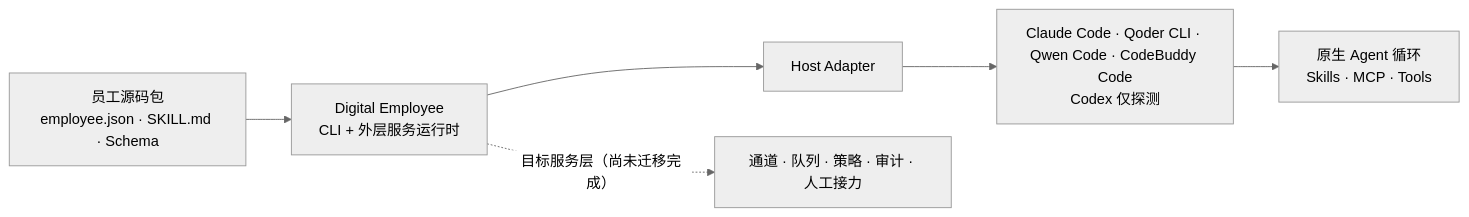
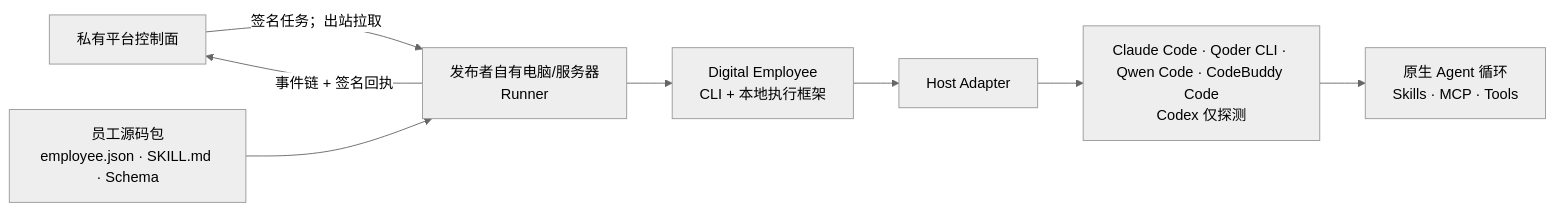
The diagram in README.zh-CN.md (PeterGuy326/digital-employee), drawn with Mermaid (neutral theme) before and after one commit. The commit also changed other lines of this file and 25 other files, not shown here.

````diff
--- a/README.zh-CN.md
+++ b/README.zh-CN.md
@@ -11,8 +11,10 @@
 ```mermaid
 flowchart LR
-  P["员工源码包<br/>employee.json · SKILL.md · Schema"] --> O["Digital Employee<br/>CLI + 外层服务运行时"]
+  C["私有平台控制面"] -->|"签名任务；出站拉取"| R["发布者自有电脑/服务器<br/>Runner"]
+  P["员工源码包<br/>employee.json · SKILL.md · Schema"] --> R
+  R --> O["Digital Employee<br/>CLI + 本地执行框架"]
   O --> H["Host Adapter"]
   H --> A["Claude Code · Qoder CLI · Qwen Code · CodeBuddy Code<br/>Codex 仅探测"]
   A --> T["原生 Agent 循环<br/>Skills · MCP · Tools"]
-  O -. "目标服务层（尚未迁移完成）" .-> S["通道 · 队列 · 策略 · 审计 · 人工接力"]
+  R -->|"事件链 + 签名回执"| C
 ```
````
